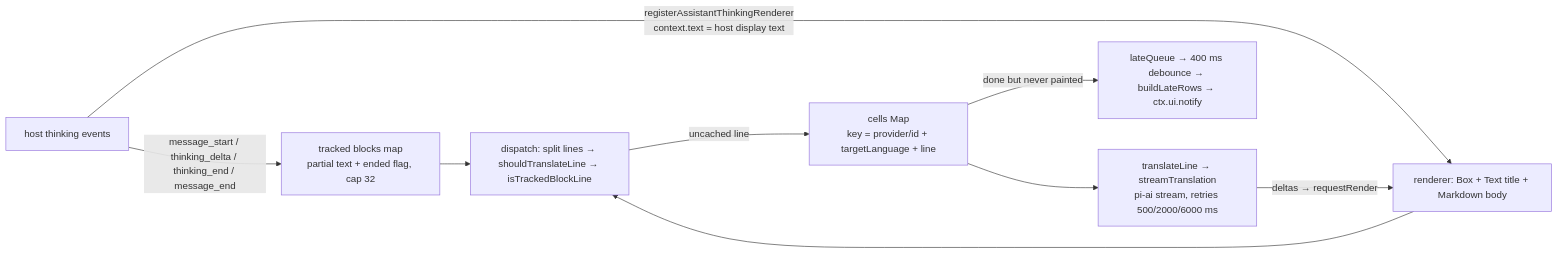
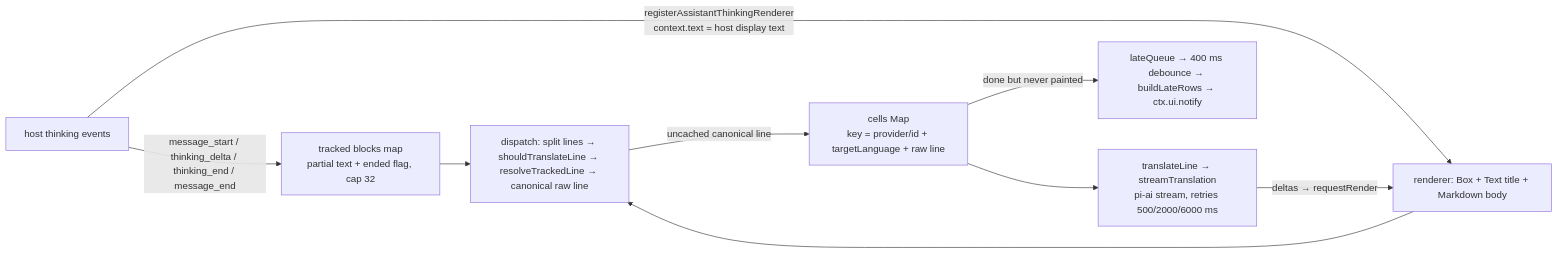
The diagram in AGENTS.md (Mouriya-Emma/omp-thinking-translator), drawn with Mermaid before and after one commit. The commit also changed other lines of this file and 4 other files, not shown here.

````diff
--- a/AGENTS.md
+++ b/AGENTS.md
@@ -13,11 +13,11 @@
 ```mermaid
 flowchart LR
   H[host thinking events] -->|message_start / thinking_delta / thinking_end / message_end| T[tracked blocks map<br/>partial text + ended flag, cap 32]
   H -->|registerAssistantThinkingRenderer<br/>context.text = host display text| R[renderer: Box + Text title + Markdown body]
-  R --> D[dispatch: split lines → shouldTranslateLine → isTrackedBlockLine]
+  R --> D[dispatch: split lines → shouldTranslateLine → resolveTrackedLine → canonical raw line]
   T --> D
-  D -->|uncached line| C[cells Map<br/>key = provider/id + targetLanguage + line]
+  D -->|uncached canonical line| C[cells Map<br/>key = provider/id + targetLanguage + raw line]
   C --> S[translateLine → streamTranslation<br/>pi-ai stream, retries 500/2000/6000 ms]
   S -->|deltas → requestRender| R
   C -->|done but never painted| L[lateQueue → 400 ms debounce → buildLateRows → ctx.ui.notify]
 ```
````
